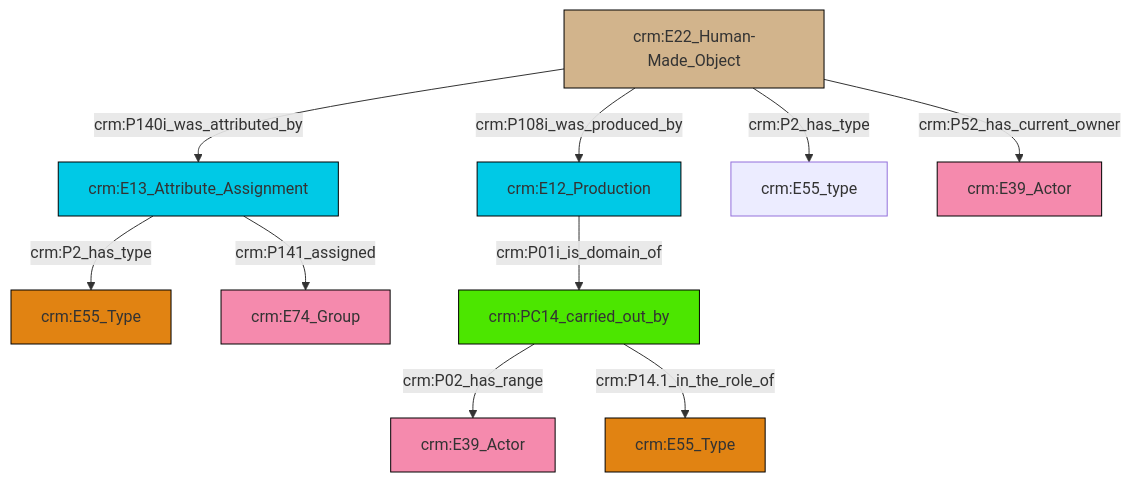
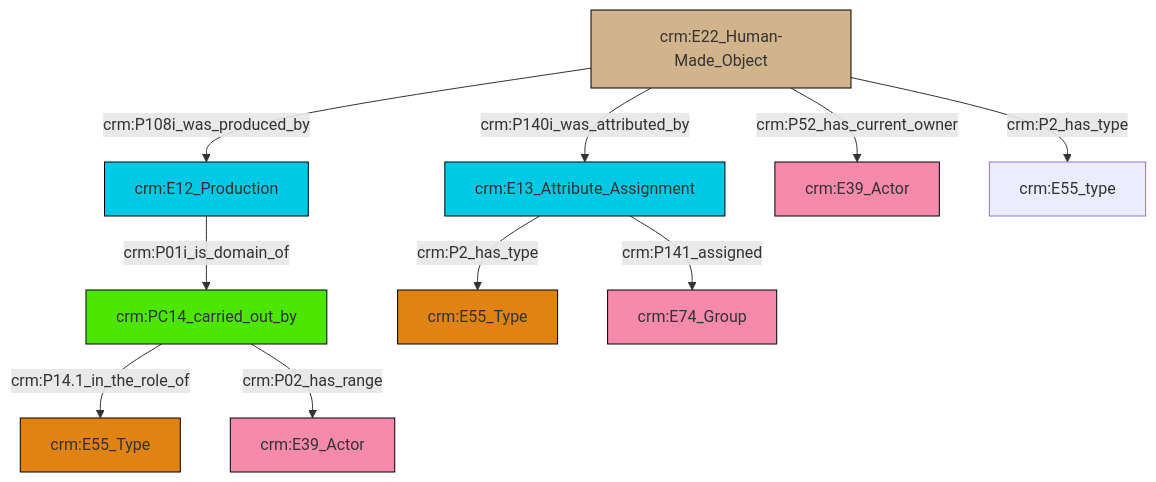
The diagram in et/builtWorkCSV/ttl/mmd/Built_Work_actor_relations.ttl.mmd (swiss-art-research-net/reference-data-models), drawn with Mermaid before and after one commit. The commit also changed 128 other files, not shown here.

```diff
--- a/et/builtWorkCSV/ttl/mmd/Built_Work_actor_relations.ttl.mmd
+++ b/et/builtWorkCSV/ttl/mmd/Built_Work_actor_relations.ttl.mmd
@@ -1,24 +1,24 @@
 graph TD
 classDef Literal fill:#f2f2f2,stroke:#000000;
 classDef CRM_Entity fill:#FFFFFF,stroke:#000000;
 classDef Temporal_Entity fill:#00C9E6, stroke:#000000;
 classDef Type fill:#E18312, stroke:#000000;
 classDef Time-Span fill:#2C9C91, stroke:#000000;
 classDef Appellation fill:#FFEB7F, stroke:#000000;
 classDef Place fill:#008836, stroke:#000000;
 classDef Persistent_Item fill:#B266B2, stroke:#000000;
 classDef Conceptual_Object fill:#FFD700, stroke:#000000;
 classDef Physical_Thing fill:#D2B48C, stroke:#000000;
 classDef Actor fill:#f58aad, stroke:#000000;
 classDef PC_Classes fill:#4ce600, stroke:#000000;
 classDef Multi fill:#cccccc,stroke:#000000;
 
-0["crm:E13_Attribute_Assignment"]:::Temporal_Entity -->|crm:P2_has_type| 1["crm:E55_Type"]:::Type
-7["crm:PC14_carried_out_by"]:::PC_Classes -->|crm:P02_has_range| 8["crm:E39_Actor"]:::Actor
-7["crm:PC14_carried_out_by"]:::PC_Classes -->|crm:P14.1_in_the_role_of| 4["crm:E55_Type"]:::Type
-13["crm:E22_Human-Made_Object"]:::Physical_Thing -->|crm:P140i_was_attributed_by| 0["crm:E13_Attribute_Assignment"]:::Temporal_Entity
-10["crm:E12_Production"]:::Temporal_Entity -->|crm:P01i_is_domain_of| 7["crm:PC14_carried_out_by"]:::PC_Classes
-13["crm:E22_Human-Made_Object"]:::Physical_Thing -->|crm:P108i_was_produced_by| 10["crm:E12_Production"]:::Temporal_Entity
-0["crm:E13_Attribute_Assignment"]:::Temporal_Entity -->|crm:P141_assigned| 15["crm:E74_Group"]:::Actor
-13["crm:E22_Human-Made_Object"]:::Physical_Thing -->|crm:P2_has_type| 2["crm:E55_type"]:::Default
-13["crm:E22_Human-Made_Object"]:::Physical_Thing -->|crm:P52_has_current_owner| 18["crm:E39_Actor"]:::Actor
+0["crm:E22_Human-Made_Object"]:::Physical_Thing -->|crm:P108i_was_produced_by| 1["crm:E12_Production"]:::Temporal_Entity
+0["crm:E22_Human-Made_Object"]:::Physical_Thing -->|crm:P140i_was_attributed_by| 2["crm:E13_Attribute_Assignment"]:::Temporal_Entity
+3["crm:PC14_carried_out_by"]:::PC_Classes -->|crm:P14.1_in_the_role_of| 4["crm:E55_Type"]:::Type
+3["crm:PC14_carried_out_by"]:::PC_Classes -->|crm:P02_has_range| 6["crm:E39_Actor"]:::Actor
+0["crm:E22_Human-Made_Object"]:::Physical_Thing -->|crm:P52_has_current_owner| 10["crm:E39_Actor"]:::Actor
+2["crm:E13_Attribute_Assignment"]:::Temporal_Entity -->|crm:P2_has_type| 7["crm:E55_Type"]:::Type
+1["crm:E12_Production"]:::Temporal_Entity -->|crm:P01i_is_domain_of| 3["crm:PC14_carried_out_by"]:::PC_Classes
+2["crm:E13_Attribute_Assignment"]:::Temporal_Entity -->|crm:P141_assigned| 17["crm:E74_Group"]:::Actor
+0["crm:E22_Human-Made_Object"]:::Physical_Thing -->|crm:P2_has_type| 11["crm:E55_type"]:::Default
```
